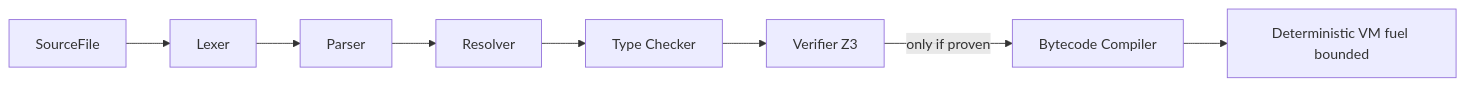
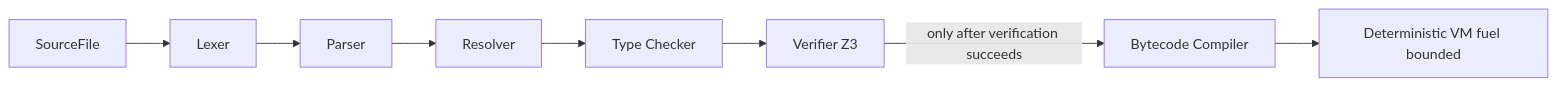
One commit to w4ffl35/curlee changed the diagram in README.md. Above: the diagram before and after it, drawn with Mermaid. The commit also changed other lines of this file, not shown here.

Commit message:
docs: clarify diagram gating, remove non-toy wording (#41)

````diff
--- a/README.md
+++ b/README.md
@@ -64,10 +64,10 @@
 ```mermaid
 flowchart LR
   S[SourceFile] --> L[Lexer]
   L --> P[Parser]
   P --> R[Resolver]
   R --> T[Type Checker]
   T --> V[Verifier Z3]
-  V -->|only if proven| C[Bytecode Compiler]
+  V -->|only after verification succeeds| C[Bytecode Compiler]
   C --> M[Deterministic VM fuel bounded]
 ```
````
